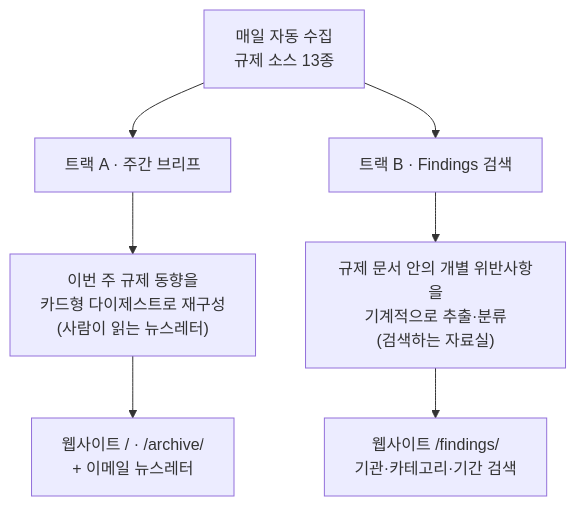
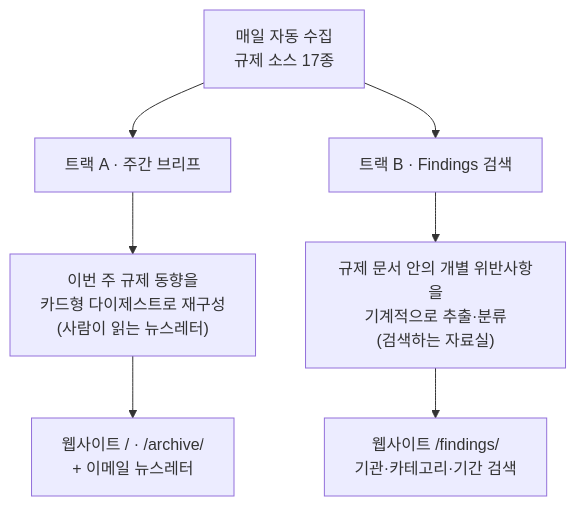
Before and after one commit to MINHOYEOM/grm-api-intake: the first of 3 diagrams in GRM_SYSTEM.md, drawn with Mermaid. The commit also changed other lines of this file and 8 other files, not shown here.

````diff
--- a/GRM_SYSTEM.md
+++ b/GRM_SYSTEM.md
@@ -40,10 +40,10 @@
 ```mermaid
 flowchart TD
-    S[매일 자동 수집<br/>규제 소스 13종]
+    S[매일 자동 수집<br/>규제 소스 17종]
     S --> A[트랙 A · 주간 브리프]
     S --> B[트랙 B · Findings 검색]
     A --> A1["이번 주 규제 동향을<br/>카드형 다이제스트로 재구성<br/>(사람이 읽는 뉴스레터)"]
     A1 --> A2["웹사이트 / · /archive/<br/>+ 이메일 뉴스레터"]
     B --> B1["규제 문서 안의 개별 위반사항을<br/>기계적으로 추출·분류<br/>(검색하는 자료실)"]
     B1 --> B2["웹사이트 /findings/<br/>기관·카테고리·기간 검색"]
 ```
````
